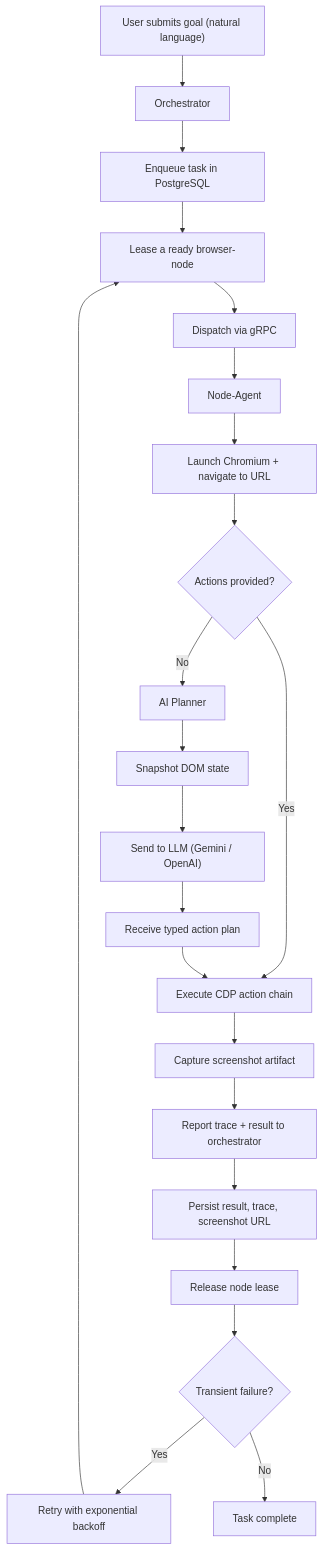
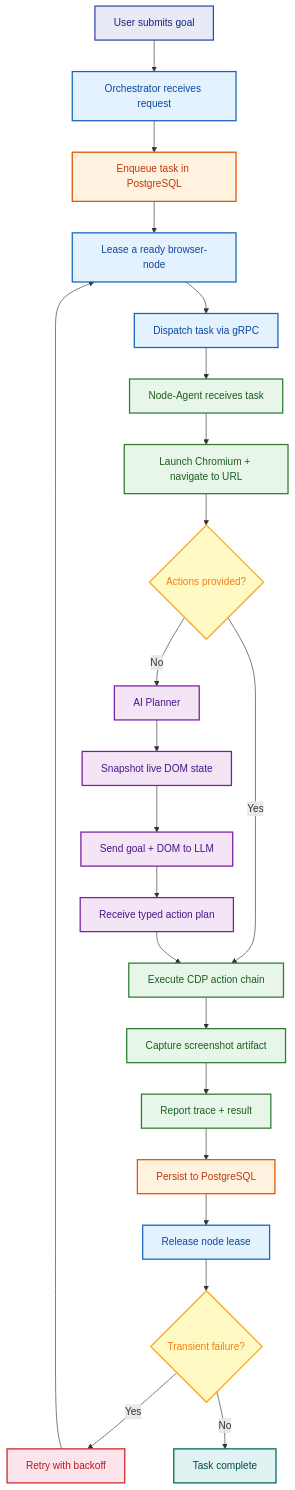
One commit to VenkatGGG/Browser-use changed the first of 2 diagrams in README.md. Above: the diagram before and after it, drawn with Mermaid. The commit also changed other lines of this file, not shown here.

Commit message:
docs: add color-coded Mermaid diagrams with classDef styling

````diff
--- a/README.md
+++ b/README.md
@@ -38,24 +38,33 @@
 ```mermaid
 flowchart TD
-    A["User submits goal (natural language)"] --> B["Orchestrator"]
-    B --> C["Enqueue task in PostgreSQL"]
-    C --> D["Lease a ready browser-node"]
-    D --> E["Dispatch via gRPC"]
-    E --> F["Node-Agent"]
-    F --> G["Launch Chromium + navigate to URL"]
-    G --> H{"Actions provided?"}
-    H -- Yes --> J["Execute CDP action chain"]
-    H -- No --> I["AI Planner"]
-    I --> I1["Snapshot DOM state"]
-    I1 --> I2["Send to LLM (Gemini / OpenAI)"]
-    I2 --> I3["Receive typed action plan"]
+    A["User submits goal"]:::user --> B["Orchestrator receives request"]:::orch
+    B --> C["Enqueue task in PostgreSQL"]:::data
+    C --> D["Lease a ready browser-node"]:::orch
+    D --> E["Dispatch task via gRPC"]:::orch
+    E --> F["Node-Agent receives task"]:::sandbox
+    F --> G["Launch Chromium + navigate to URL"]:::sandbox
+    G --> H{"Actions provided?"}:::decision
+    H -- Yes --> J["Execute CDP action chain"]:::sandbox
+    H -- No --> I["AI Planner"]:::ai
+    I --> I1["Snapshot live DOM state"]:::ai
+    I1 --> I2["Send goal + DOM to LLM"]:::ai
+    I2 --> I3["Receive typed action plan"]:::ai
     I3 --> J
-    J --> K["Capture screenshot artifact"]
-    K --> L["Report trace + result to orchestrator"]
-    L --> M["Persist result, trace, screenshot URL"]
-    M --> N["Release node lease"]
-    N --> O{"Transient failure?"}
-    O -- Yes --> P["Retry with exponential backoff"]
+    J --> K["Capture screenshot artifact"]:::sandbox
+    K --> L["Report trace + result"]:::sandbox
+    L --> M["Persist to PostgreSQL"]:::data
+    M --> N["Release node lease"]:::orch
+    N --> O{"Transient failure?"}:::decision
+    O -- Yes --> P["Retry with backoff"]:::retry
     P --> D
-    O -- No --> Q["Task complete"]
+    O -- No --> Q["Task complete"]:::done
+
+    classDef user fill:#e8eaf6,stroke:#3949ab,color:#1a237e,stroke-width:2px
+    classDef orch fill:#e3f2fd,stroke:#1565c0,color:#0d47a1,stroke-width:2px
+    classDef sandbox fill:#e8f5e9,stroke:#2e7d32,color:#1b5e20,stroke-width:2px
+    classDef ai fill:#f3e5f5,stroke:#7b1fa2,color:#4a148c,stroke-width:2px
+    classDef data fill:#fff3e0,stroke:#e65100,color:#bf360c,stroke-width:2px
+    classDef decision fill:#fff9c4,stroke:#f9a825,color:#f57f17,stroke-width:2px
+    classDef retry fill:#fce4ec,stroke:#c62828,color:#b71c1c,stroke-width:2px
+    classDef done fill:#e0f2f1,stroke:#00695c,color:#004d40,stroke-width:2px
 ```
````
